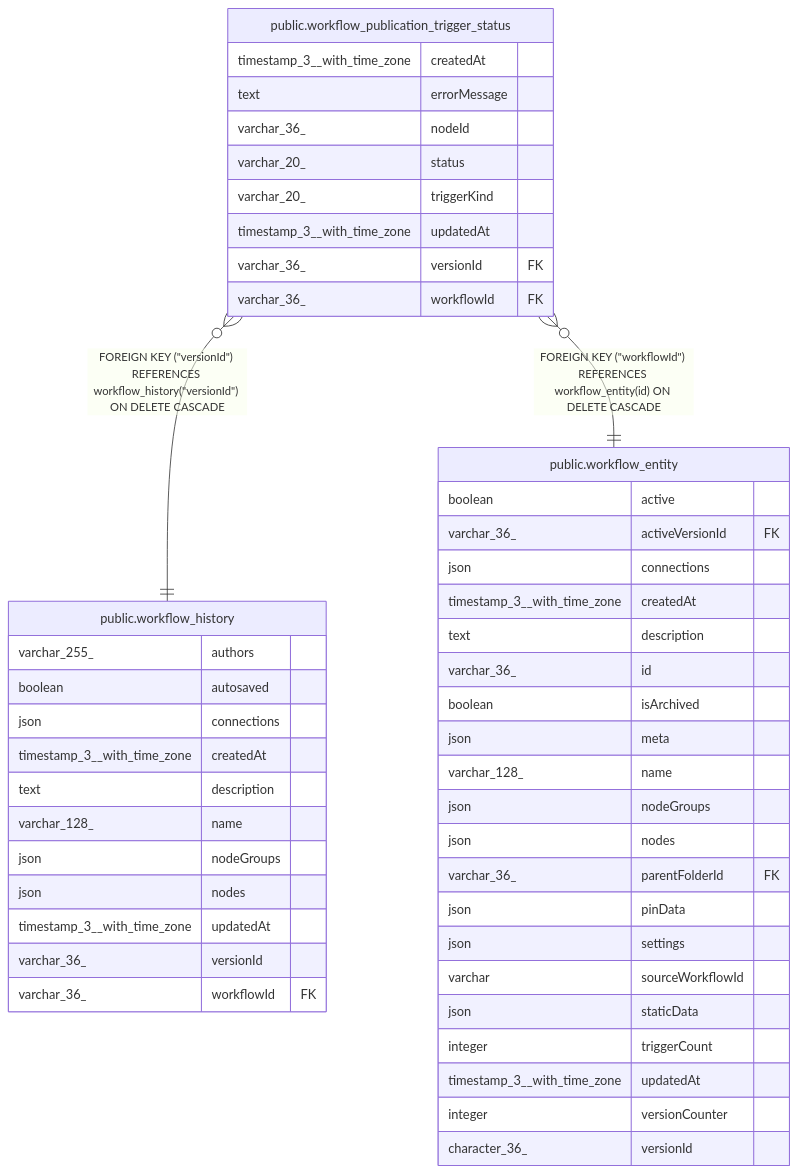
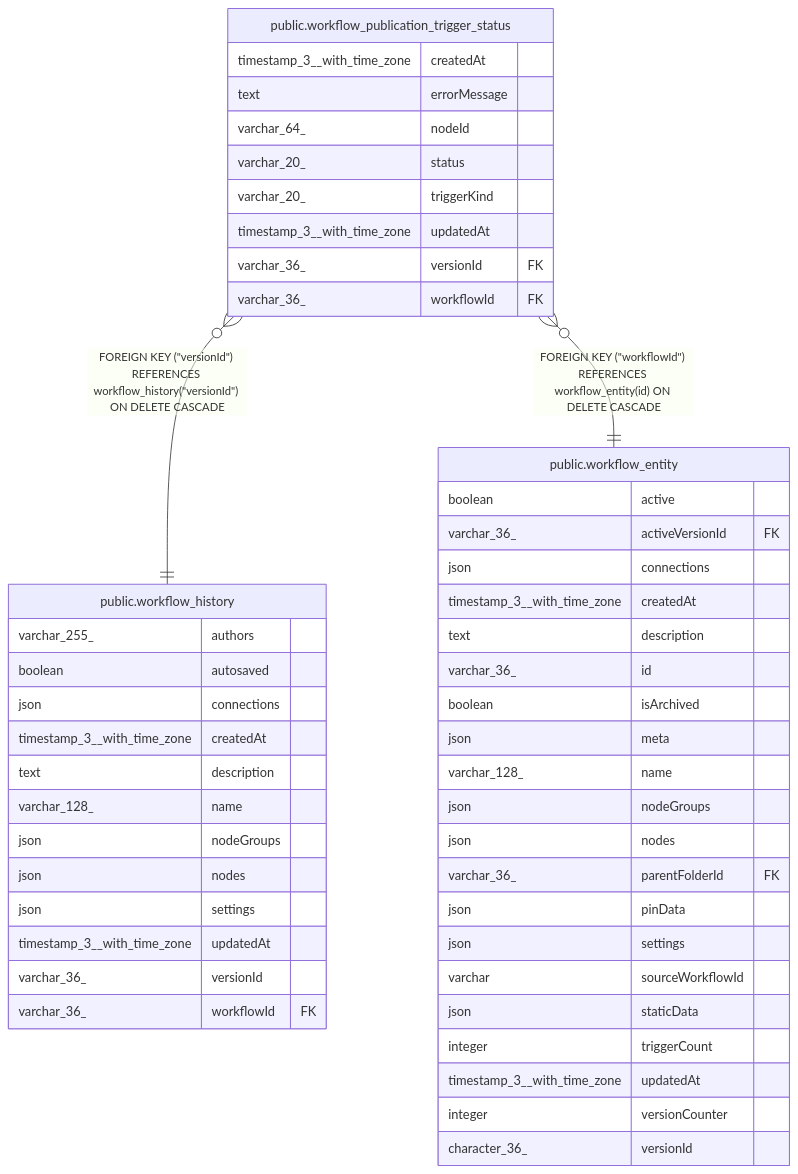
Before and after one commit to koreatest12/studys: the diagram in n8n_integration/n8n_source/docs/generated/postgres-schema/public.workflow_publication_trigger_status.md, drawn with Mermaid. The commit also changed other lines of this file and 23019 other files, not shown here.

````diff
--- a/n8n_integration/n8n_source/docs/generated/postgres-schema/public.workflow_publication_trigger_status.md
+++ b/n8n_integration/n8n_source/docs/generated/postgres-schema/public.workflow_publication_trigger_status.md
@@ -41,52 +41,53 @@
 ```mermaid
 erDiagram
 
 "public.workflow_publication_trigger_status" }o--|| "public.workflow_history" : "FOREIGN KEY (#quot;versionId#quot;) REFERENCES workflow_history(#quot;versionId#quot;) ON DELETE CASCADE"
 "public.workflow_publication_trigger_status" }o--|| "public.workflow_entity" : "FOREIGN KEY (#quot;workflowId#quot;) REFERENCES workflow_entity(id) ON DELETE CASCADE"
 
 "public.workflow_publication_trigger_status" {
   timestamp_3__with_time_zone createdAt
   text errorMessage
-  varchar_36_ nodeId
+  varchar_64_ nodeId
   varchar_20_ status
   varchar_20_ triggerKind
   timestamp_3__with_time_zone updatedAt
   varchar_36_ versionId FK
   varchar_36_ workflowId FK
 }
 "public.workflow_history" {
   varchar_255_ authors
   boolean autosaved
   json connections
   timestamp_3__with_time_zone createdAt
   text description
   varchar_128_ name
   json nodeGroups
   json nodes
+  json settings
   timestamp_3__with_time_zone updatedAt
   varchar_36_ versionId
   varchar_36_ workflowId FK
 }
 "public.workflow_entity" {
   boolean active
   varchar_36_ activeVersionId FK
   json connections
   timestamp_3__with_time_zone createdAt
   text description
   varchar_36_ id
   boolean isArchived
   json meta
   varchar_128_ name
   json nodeGroups
   json nodes
   varchar_36_ parentFolderId FK
   json pinData
   json settings
   varchar sourceWorkflowId
   json staticData
   integer triggerCount
   timestamp_3__with_time_zone updatedAt
   integer versionCounter
   character_36_ versionId
 }
 ```
````
